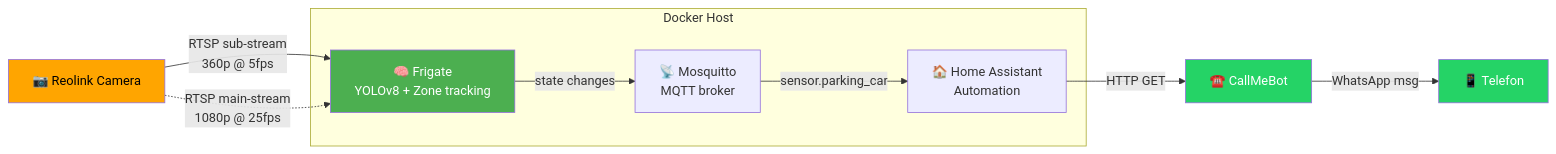
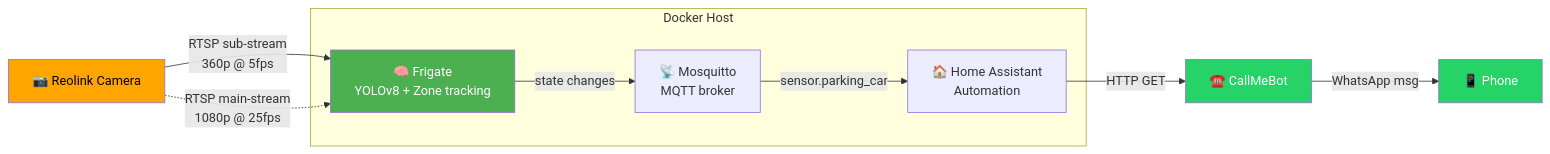
The first of 3 diagrams in README.md (marczyn/parking-empty-alert), drawn with Mermaid before and after one commit. The commit also changed other lines of this file and 10 other files, not shown here.

````diff
--- a/README.md
+++ b/README.md
@@ -24,21 +24,21 @@
 ```mermaid
 graph LR
     CAM[📷 Reolink Camera] -->|RTSP sub-stream<br/>360p @ 5fps| FRIGATE
     CAM -.->|RTSP main-stream<br/>1080p @ 25fps| FRIGATE
 
     subgraph DOCKER[Docker Host]
         FRIGATE[🧠 Frigate<br/>YOLOv8 + Zone tracking]
         MQTT[📡 Mosquitto<br/>MQTT broker]
         HA[🏠 Home Assistant<br/>Automation]
         FRIGATE -->|state changes| MQTT
         MQTT -->|sensor.parking_car| HA
     end
 
     HA -->|HTTP GET| CALLMEBOT[☎️ CallMeBot]
-    CALLMEBOT -->|WhatsApp msg| PHONE[📱 Telefon]
+    CALLMEBOT -->|WhatsApp msg| PHONE[📱 Phone]
 
     style CAM fill:#FFA500,color:#000
     style FRIGATE fill:#4CAF50,color:#fff
     style PHONE fill:#25D366,color:#fff
     style CALLMEBOT fill:#25D366,color:#fff
 ```
````
